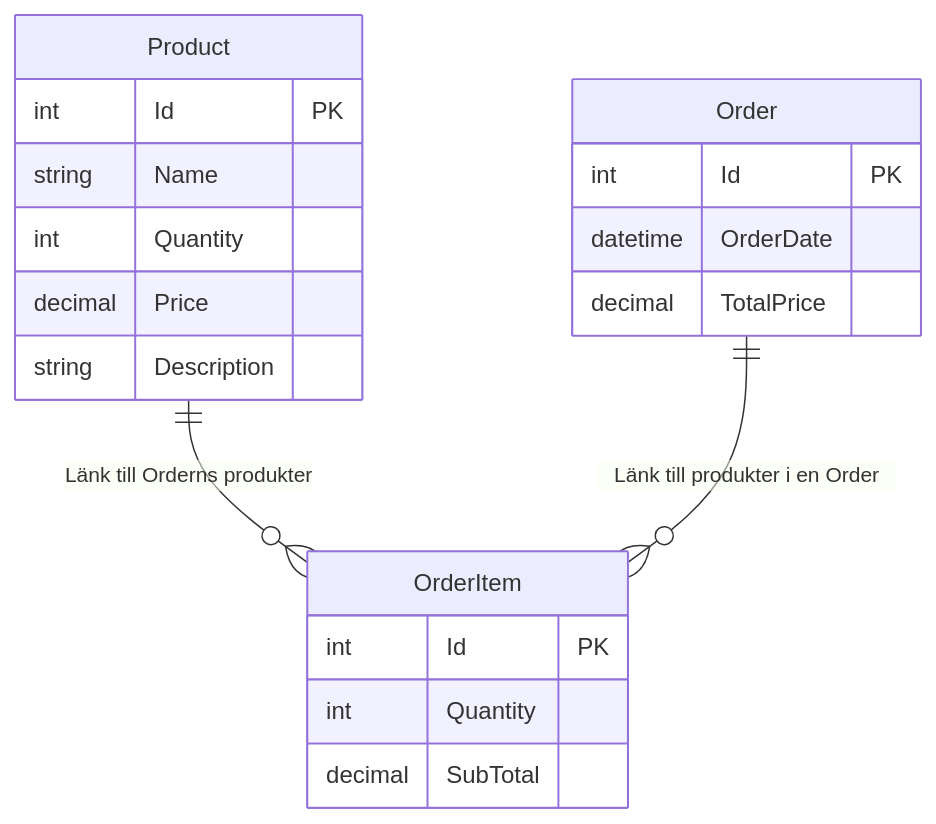
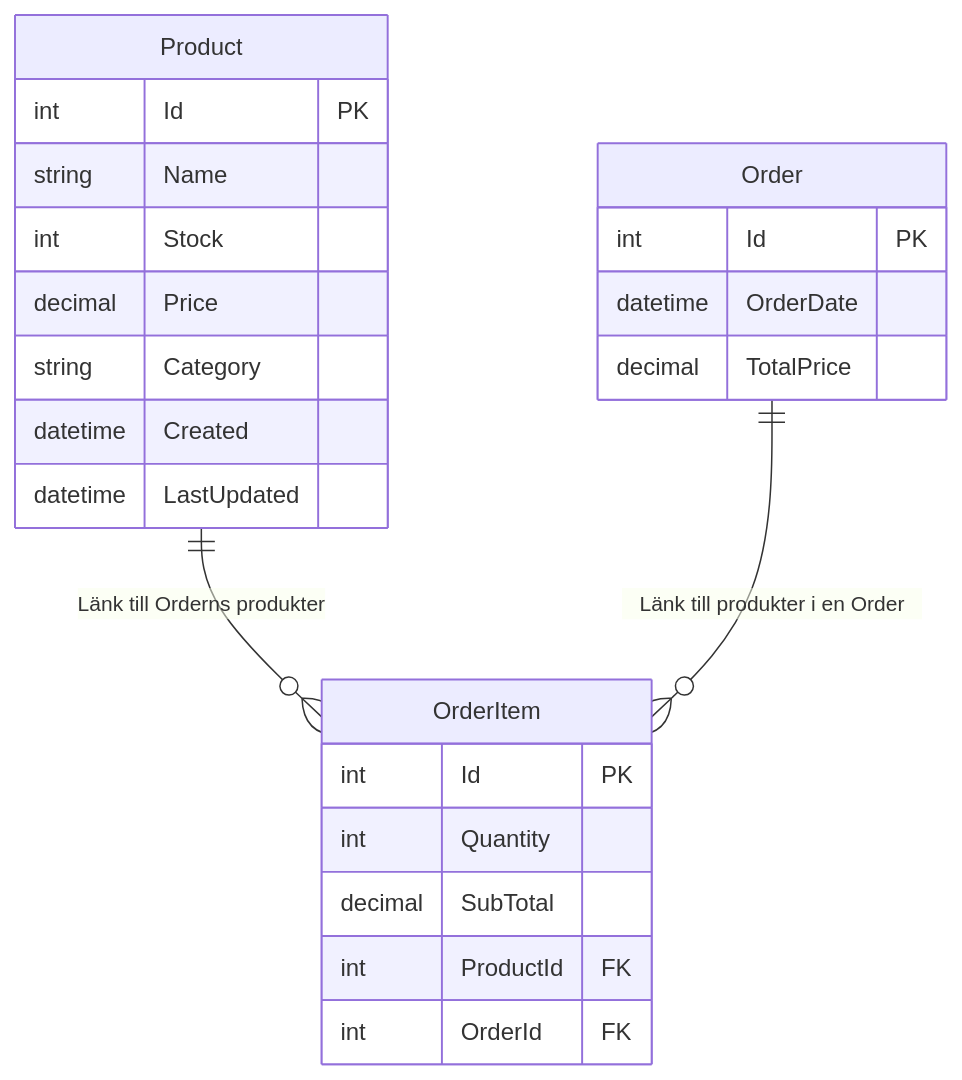
One commit to Campus-Molndal-CLOH24/OopAdv_31337_Lagershop changed the third of 3 diagrams in HenriksHobbyLager/docs/uml.md. Above: the diagram before and after it, drawn with Mermaid. The commit also changed other lines of this file, not shown here.

Commit message:
Updated UML for EF.

````diff
--- a/HenriksHobbyLager/docs/uml.md
+++ b/HenriksHobbyLager/docs/uml.md
@@ -134,25 +169,30 @@
 ```mermaid
 erDiagram
-Product {
-int Id PK
-string Name
-int Quantity
-decimal Price
-string Description
-}
+    Product {
+        int Id PK
+        string Name
+        int Stock
+        decimal Price
+        string Category
+        datetime Created
+        datetime LastUpdated
+    }
 
     Order {
         int Id PK
         datetime OrderDate
         decimal TotalPrice
     }
 
     OrderItem {
         int Id PK
         int Quantity
         decimal SubTotal
+        int ProductId FK
+        int OrderId FK
     }
 
     Product ||--o{ OrderItem : "Länk till Orderns produkter"
     Order ||--o{ OrderItem : "Länk till produkter i en Order"
+
 ```
````
